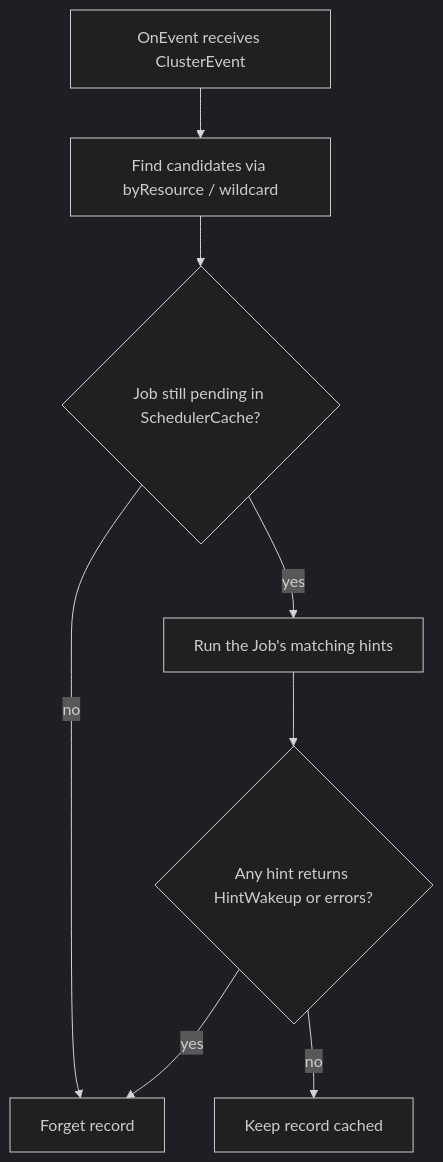
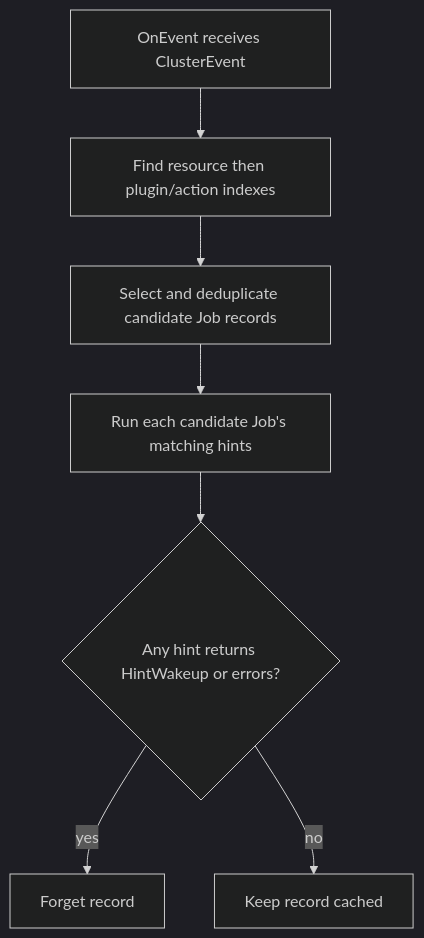
The third of 4 diagrams in docs/design/unschedulable-job-cache.md (volcano-sh/volcano), drawn with Mermaid (dark theme) before and after one commit. The commit also changed other lines of this file, not shown here.

Commit message:
docs: describe unschedulable cache secondary indexes

````diff
--- a/docs/design/unschedulable-job-cache.md
+++ b/docs/design/unschedulable-job-cache.md
@@ -698,10 +1018,9 @@
 ```mermaid
 flowchart TD
-    A[OnEvent receives ClusterEvent] --> B[Find candidates via byResource / wildcard]
-    B --> C{Job still pending in SchedulerCache?}
-    C -- no --> D[Forget record]
-    C -- yes --> E[Run the Job's matching hints]
-    E --> F{Any hint returns HintWakeup or errors?}
-    F -- yes --> D
-    F -- no --> G[Keep record cached]
+    A[OnEvent receives ClusterEvent] --> B[Find resource then plugin/action indexes]
+  B --> C[Select and deduplicate candidate Job records]
+  C --> D[Run each candidate Job's matching hints]
+  D --> E{Any hint returns HintWakeup or errors?}
+  E -- yes --> F[Forget record]
+  E -- no --> G[Keep record cached]
 ```
````
